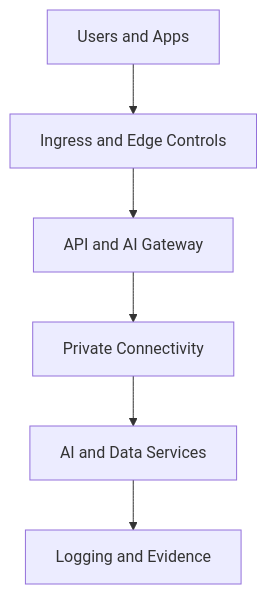
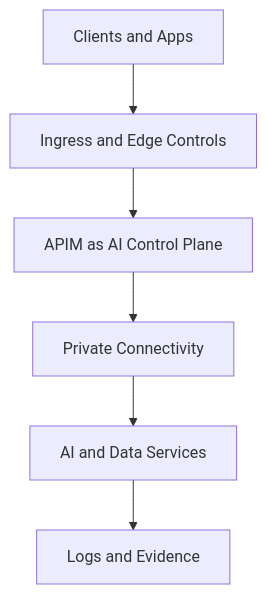
Before and after one commit to appliedailearner/upendra_kumar_portfolio: the first of 4 diagrams in blog/AI Compliance Blog/AI_Compliance_Blog_with_Mermaid.md, drawn with Mermaid. The commit also changed other lines of this file and 3 other files, not shown here.

Commit message:
Principal Overhaul: Implemented Architect's Split UI, Cinematic Animations, and L67 Refinement

````diff
--- a/blog/AI Compliance Blog/AI_Compliance_Blog_with_Mermaid.md
+++ b/blog/AI Compliance Blog/AI_Compliance_Blog_with_Mermaid.md
@@ -28,8 +29,8 @@
 ```mermaid
 flowchart TD
-    A[Users and Apps] --> B[Ingress and Edge Controls]
-    B --> C[API and AI Gateway]
+    A[Clients and Apps] --> B[Ingress and Edge Controls]
+    B --> C[APIM as AI Control Plane]
     C --> D[Private Connectivity]
     D --> E[AI and Data Services]
-    E --> F[Logging and Evidence]
+    E --> F[Logs and Evidence]
 ```
````
